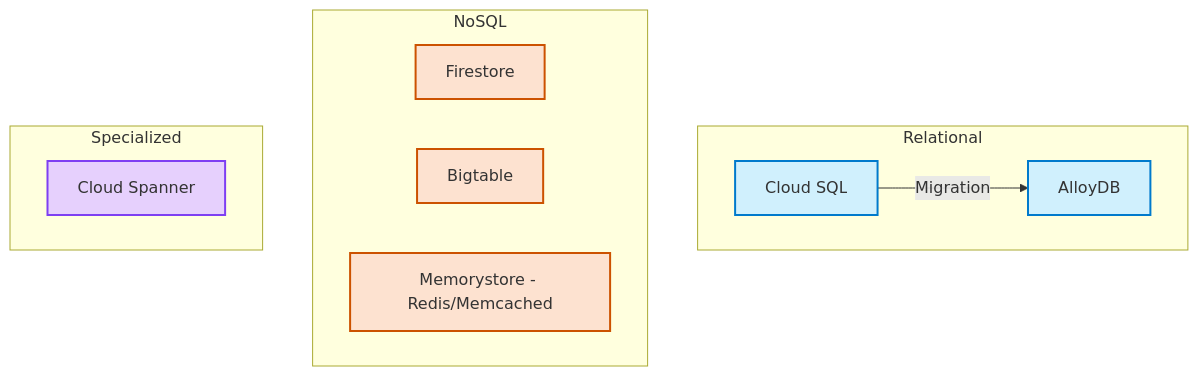
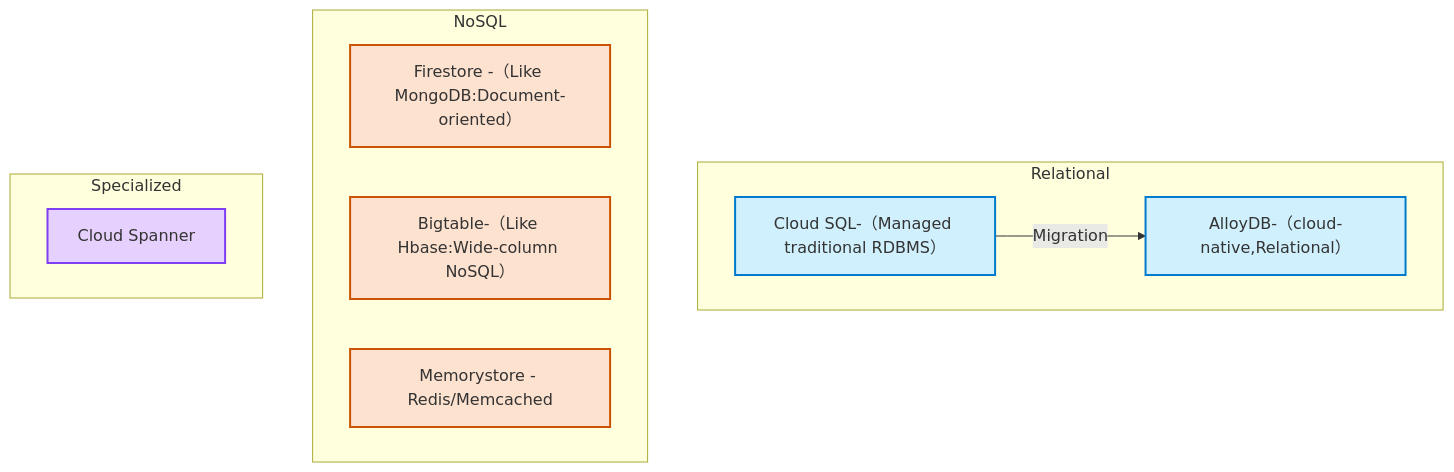
The third of 4 diagrams in Cloud3-GCP-Notes.md (blaire101/DE2-AWS-Azure-GCP-2025), drawn with Mermaid before and after one commit.

````diff
--- a/Cloud3-GCP-Notes.md
+++ b/Cloud3-GCP-Notes.md
@@ -245,31 +245,31 @@
 ```mermaid
 flowchart TB
-    CloudSQL[Cloud SQL]:::relational
-    AlloyDB[AlloyDB]:::relational
-    Firestore[Firestore]:::nosql
-    Bigtable[Bigtable]:::nosql
+    CloudSQL[Cloud SQL-（Managed traditional RDBMS）]:::relational
+    AlloyDB[AlloyDB-（cloud-native,Relational）]:::relational
+    Firestore[Firestore -（Like MongoDB:Document-oriented）]:::nosql
+    Bigtable[Bigtable-（Like Hbase:Wide-column NoSQL）]:::nosql
     Spanner[Cloud Spanner]:::special
     Memorystore[Memorystore - Redis/Memcached]:::nosql
 
     subgraph Relational
         CloudSQL
         AlloyDB
     end
 
     subgraph NoSQL
         Firestore
         Bigtable
         Memorystore
     end
 
     subgraph Specialized
         Spanner
     end
 
     CloudSQL -->|Migration| AlloyDB
 
     %% Styles
     classDef relational fill:#d0f0fd,stroke:#007acc,stroke-width:2px;
     classDef nosql fill:#fde2d0,stroke:#cc5200,stroke-width:2px;
     classDef special fill:#e6d0fd,stroke:#7e3ff2,stroke-width:2px;
 ```
````
